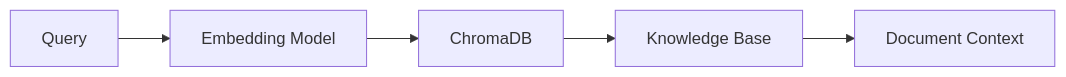
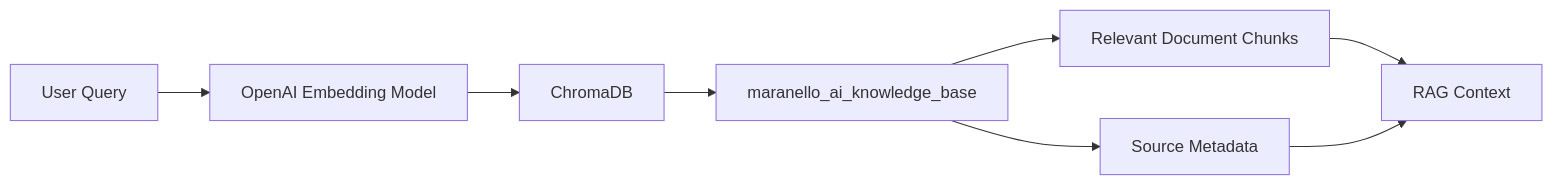
One commit to marcosaccani1/maranello-ai changed the seventh of 10 diagrams in docs/it/03_System_Architecture.md. Above: the diagram before and after it, drawn with Mermaid. The commit also changed other lines of this file and 7 other files, not shown here.

````diff
--- a/docs/it/03_System_Architecture.md
+++ b/docs/it/03_System_Architecture.md
@@ -850,21 +1119,19 @@
 ```mermaid
 flowchart LR
 
-Query["Query"]
+    Query["User Query"]
+    Embed["OpenAI Embedding Model"]
+    Chroma["ChromaDB"]
+    Collection["maranello_ai_knowledge_base"]
+    Chunks["Relevant Document Chunks"]
+    Metadata["Source Metadata"]
+    Context["RAG Context"]
 
-Embedding["Embedding Model"]
-
-VectorDB["ChromaDB"]
-
-Documents["Knowledge Base"]
-
-Context["Document Context"]
-
-Query --> Embedding
-
-Embedding --> VectorDB
-
-VectorDB --> Documents
-
-Documents --> Context
+    Query --> Embed
+    Embed --> Chroma
+    Chroma --> Collection
+    Collection --> Chunks
+    Collection --> Metadata
+    Chunks --> Context
+    Metadata --> Context
 ```
````
